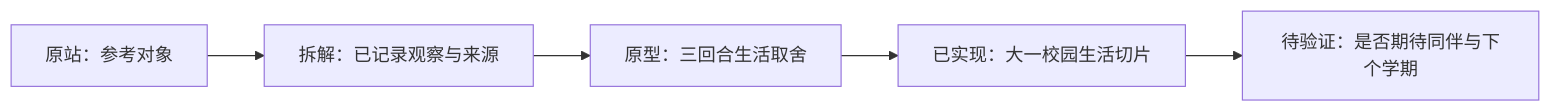
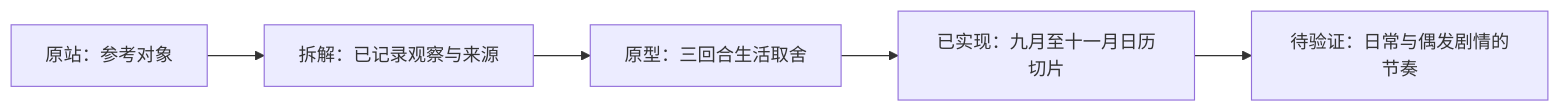
Before and after one commit to yuki-uix/life-sim-product-study: the diagram in README.md, drawn with Mermaid. The commit also changed other lines of this file and 9 other files, not shown here.

````diff
--- a/README.md
+++ b/README.md
@@ -25,7 +25,7 @@
 ```mermaid
 flowchart LR
     A[原站：参考对象] --> B[拆解：已记录观察与来源]
     B --> C[原型：三回合生活取舍]
-    C --> D[已实现：大一校园生活切片]
-    D --> E[待验证：是否期待同伴与下个学期]
+    C --> D[已实现：九月至十一月日历切片]
+    D --> E[待验证：日常与偶发剧情的节奏]
 ```
````
